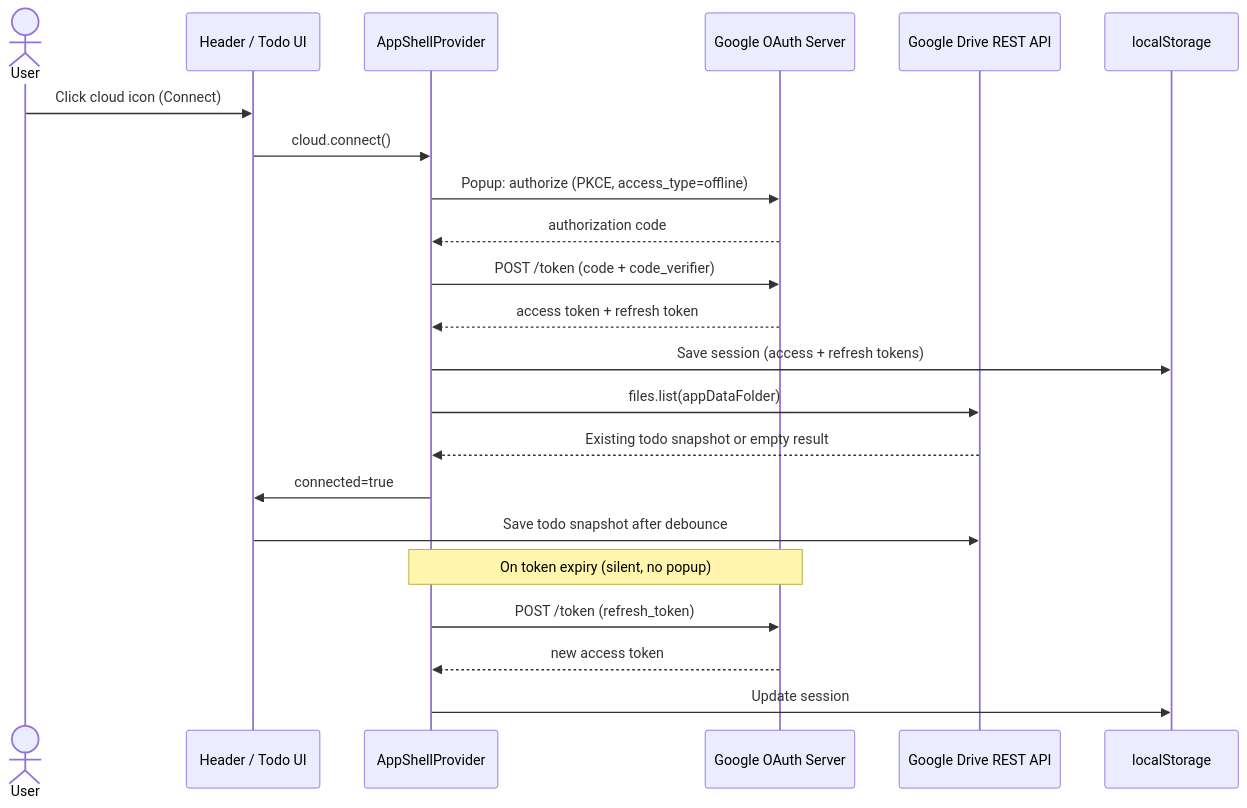
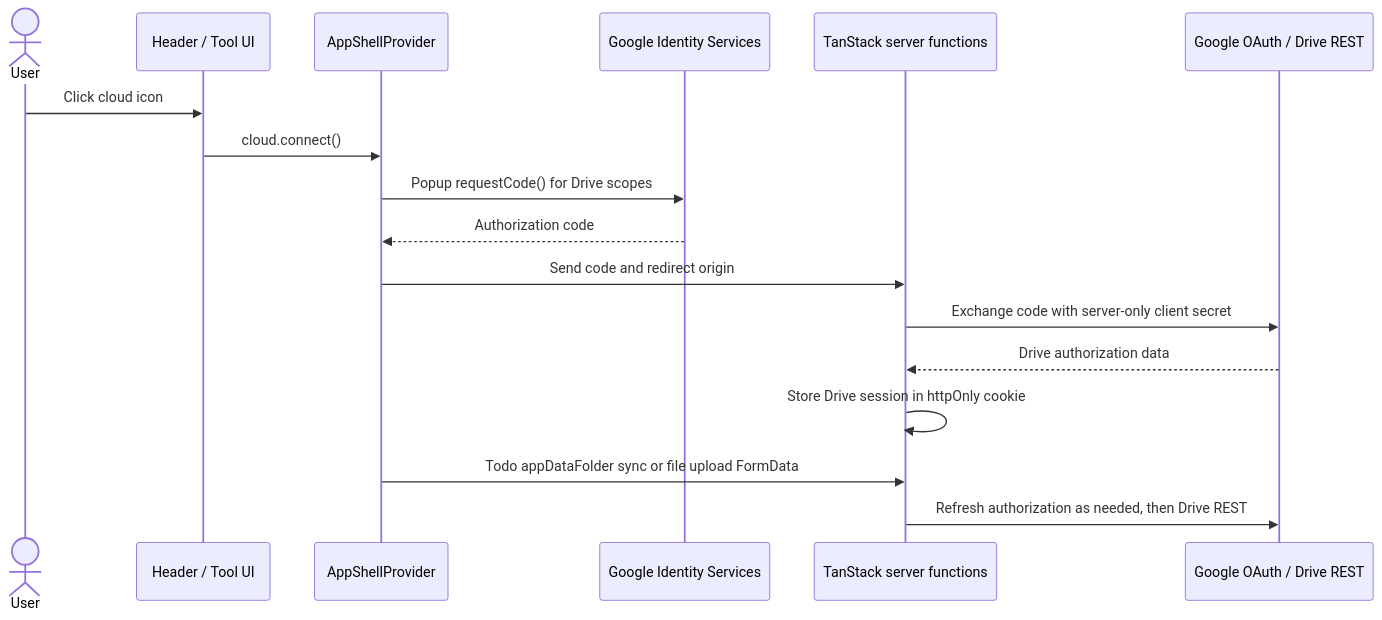
One commit to imxade/kitsy changed the third of 3 diagrams in README.md. Above: the diagram before and after it, drawn with Mermaid. The commit also changed other lines of this file, not shown here.

Commit message:
docs(readme): refresh architecture and Drive security docs

````diff
--- a/README.md
+++ b/README.md
@@ -137,26 +199,20 @@
 ```mermaid
 sequenceDiagram
     actor User
-    participant Header as Header / Todo UI
+    participant Header as Header / Tool UI
     participant Shell as AppShellProvider
-    participant Google as Google OAuth Server
-    participant Drive as Google Drive REST API
-    participant Store as localStorage
+    participant GIS as Google Identity Services
+    participant Server as TanStack server functions
+    participant Google as Google OAuth / Drive REST
 
-    User->>Header: Click cloud icon (Connect)
+    User->>Header: Click cloud icon
     Header->>Shell: cloud.connect()
-    Shell->>Google: Popup: authorize (PKCE, access_type=offline)
-    Google-->>Shell: authorization code
-    Shell->>Google: POST /token (code + code_verifier)
-    Google-->>Shell: access token + refresh token
-    Shell->>Store: Save session (access + refresh tokens)
-    Shell->>Drive: files.list(appDataFolder)
-    Drive-->>Shell: Existing todo snapshot or empty result
-    Shell->>Header: connected=true
-    Header->>Drive: Save todo snapshot after debounce
-
-    Note over Shell,Google: On token expiry (silent, no popup)
-    Shell->>Google: POST /token (refresh_token)
-    Google-->>Shell: new access token
-    Shell->>Store: Update session
+    Shell->>GIS: Popup requestCode() for Drive scopes
+    GIS-->>Shell: Authorization code
+    Shell->>Server: Send code and redirect origin
+    Server->>Google: Exchange code with server-only client secret
+    Google-->>Server: Drive authorization data
+    Server->>Server: Store Drive session in httpOnly cookie
+    Shell->>Server: Todo appDataFolder sync or file upload FormData
+    Server->>Google: Refresh authorization as needed, then Drive REST
 ```
````
